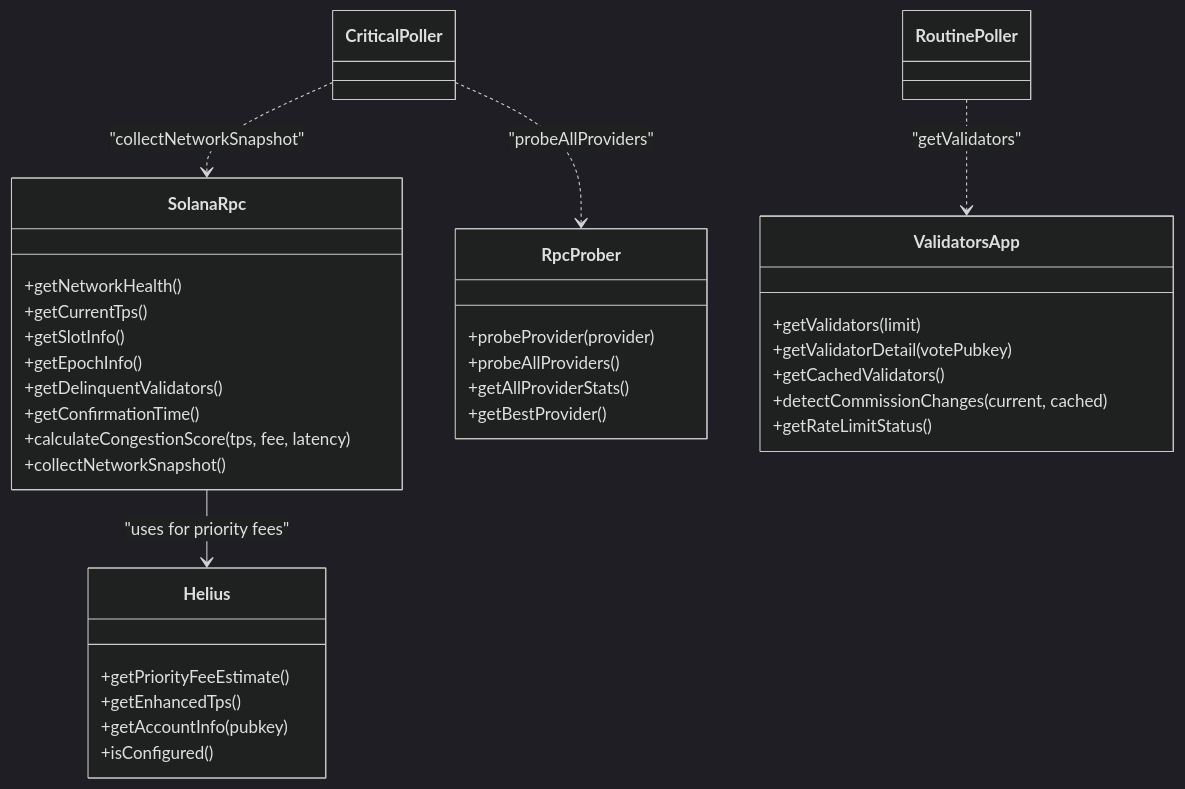
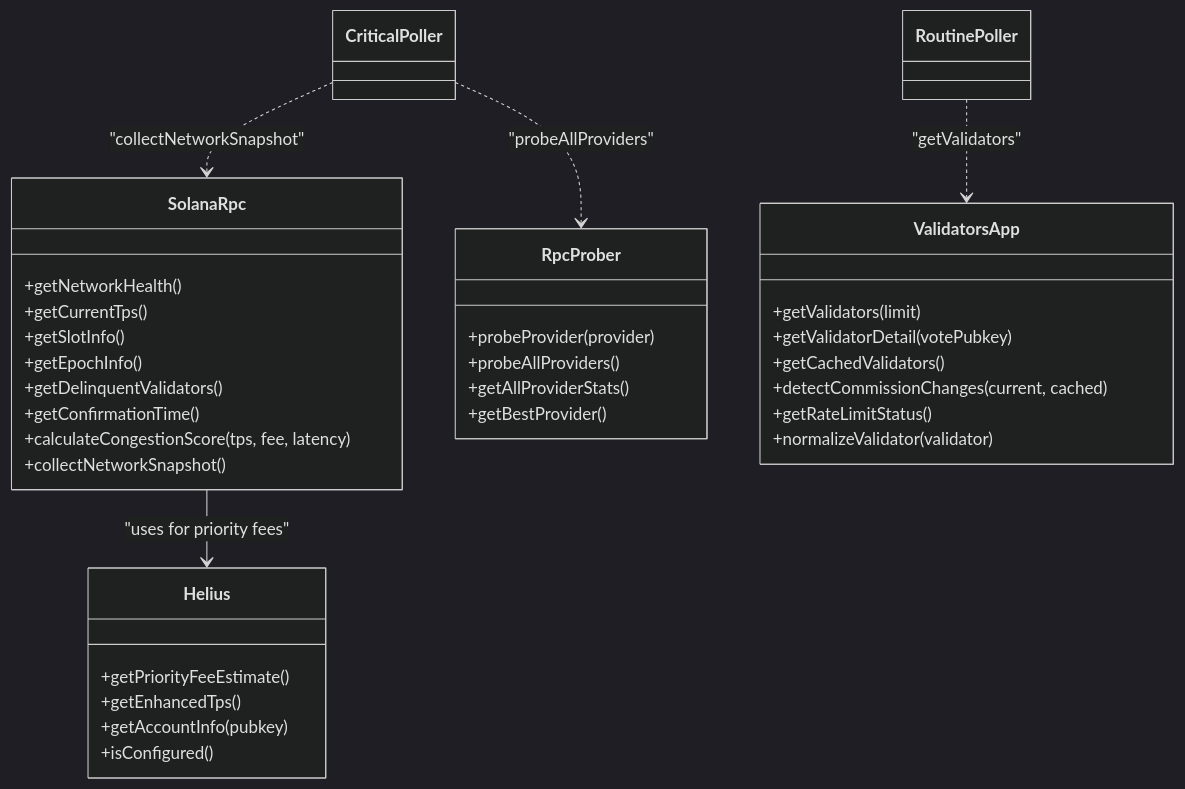
The seventh of 11 diagrams in .qoder/repowiki/en/content/Real-time Data Flow.md (RunTimeAdmin/InfraWatch), drawn with Mermaid (dark theme) before and after one commit. The commit also changed other lines of this file and 12 other files, not shown here.

````diff
--- a/.qoder/repowiki/en/content/Real-time Data Flow.md
+++ b/.qoder/repowiki/en/content/Real-time Data Flow.md
@@ -227,36 +311,37 @@
 ```mermaid
 classDiagram
 class SolanaRpc {
 +getNetworkHealth()
 +getCurrentTps()
 +getSlotInfo()
 +getEpochInfo()
 +getDelinquentValidators()
 +getConfirmationTime()
 +calculateCongestionScore(tps, fee, latency)
 +collectNetworkSnapshot()
 }
 class Helius {
 +getPriorityFeeEstimate()
 +getEnhancedTps()
 +getAccountInfo(pubkey)
 +isConfigured()
 }
 class RpcProber {
 +probeProvider(provider)
 +probeAllProviders()
 +getAllProviderStats()
 +getBestProvider()
 }
 class ValidatorsApp {
 +getValidators(limit)
 +getValidatorDetail(votePubkey)
 +getCachedValidators()
 +detectCommissionChanges(current, cached)
 +getRateLimitStatus()
++normalizeValidator(validator)
 }
 SolanaRpc --> Helius : "uses for priority fees"
 CriticalPoller ..> SolanaRpc : "collectNetworkSnapshot"
 CriticalPoller ..> RpcProber : "probeAllProviders"
 RoutinePoller ..> ValidatorsApp : "getValidators"
 ```
````
